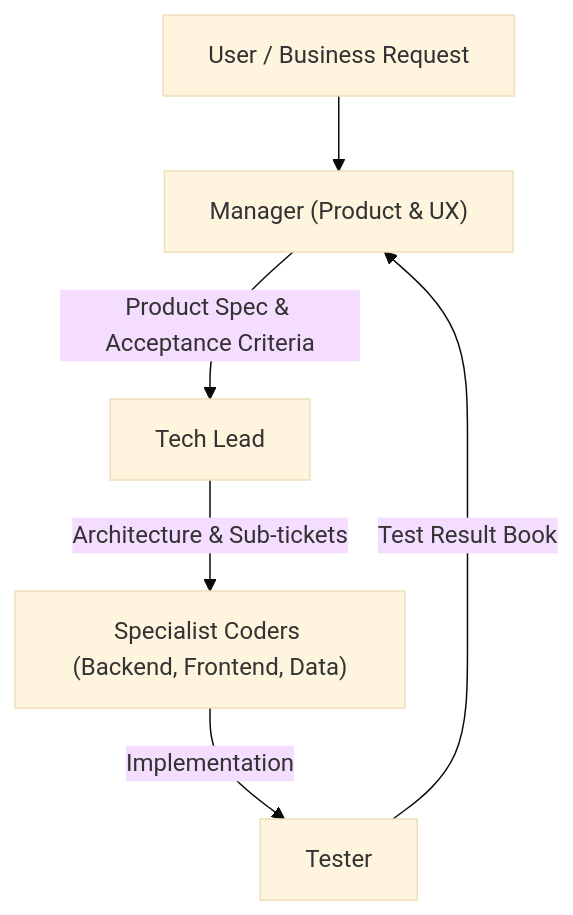
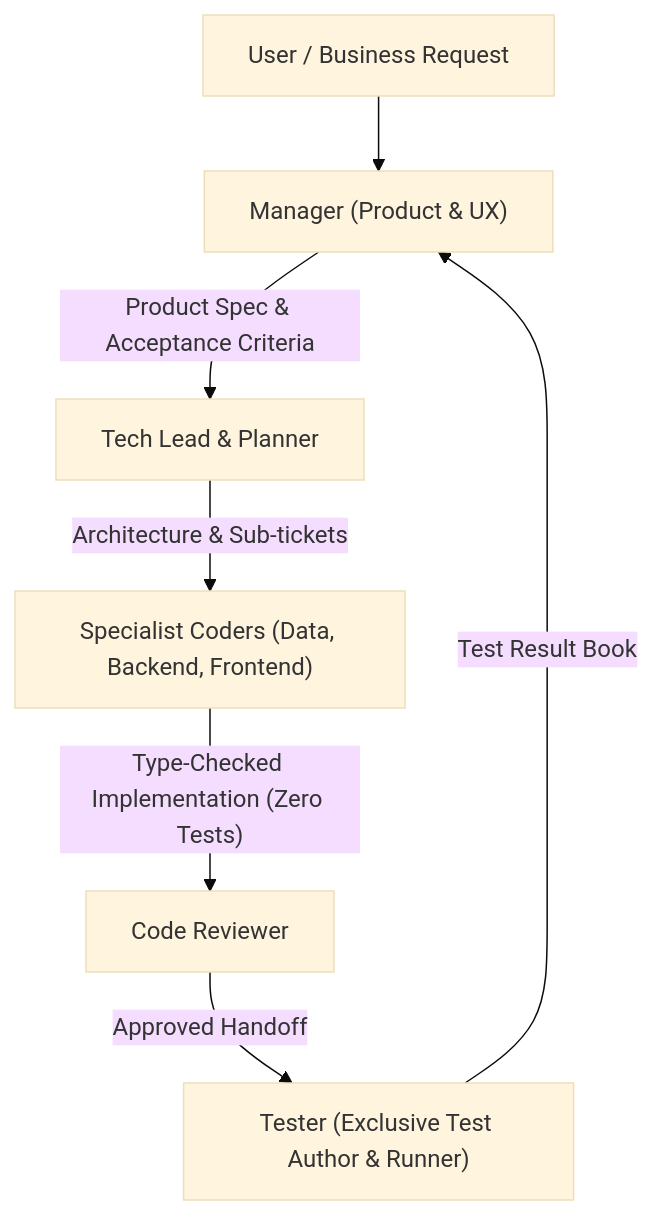
One commit to pato-byepaper/agentic-engineering changed the diagram in .agents/skills/manager/SKILL.md. Above: the diagram before and after it, drawn with Mermaid (base theme). The commit also changed other lines of this file and 1 other file, not shown here.

````diff
--- a/.agents/skills/manager/SKILL.md
+++ b/.agents/skills/manager/SKILL.md
@@ -26,8 +27,9 @@
 ```mermaid
 flowchart TD
     User["User / Business Request"] --> M["Manager (Product & UX)"]
-    M -->|"Product Spec & Acceptance Criteria"| TL["Tech Lead"]
-    TL -->|"Architecture & Sub-tickets"| Coders["Specialist Coders (Backend, Frontend, Data)"]
-    Coders -->|"Implementation"| T["Tester"]
+    M -->|"Product Spec & Acceptance Criteria"| TL["Tech Lead & Planner"]
+    TL -->|"Architecture & Sub-tickets"| Coders["Specialist Coders (Data, Backend, Frontend)"]
+    Coders -->|"Type-Checked Implementation (Zero Tests)"| CR["Code Reviewer"]
+    CR -->|"Approved Handoff"| T["Tester (Exclusive Test Author & Runner)"]
     T -->|"Test Result Book"| M
 ```
````
